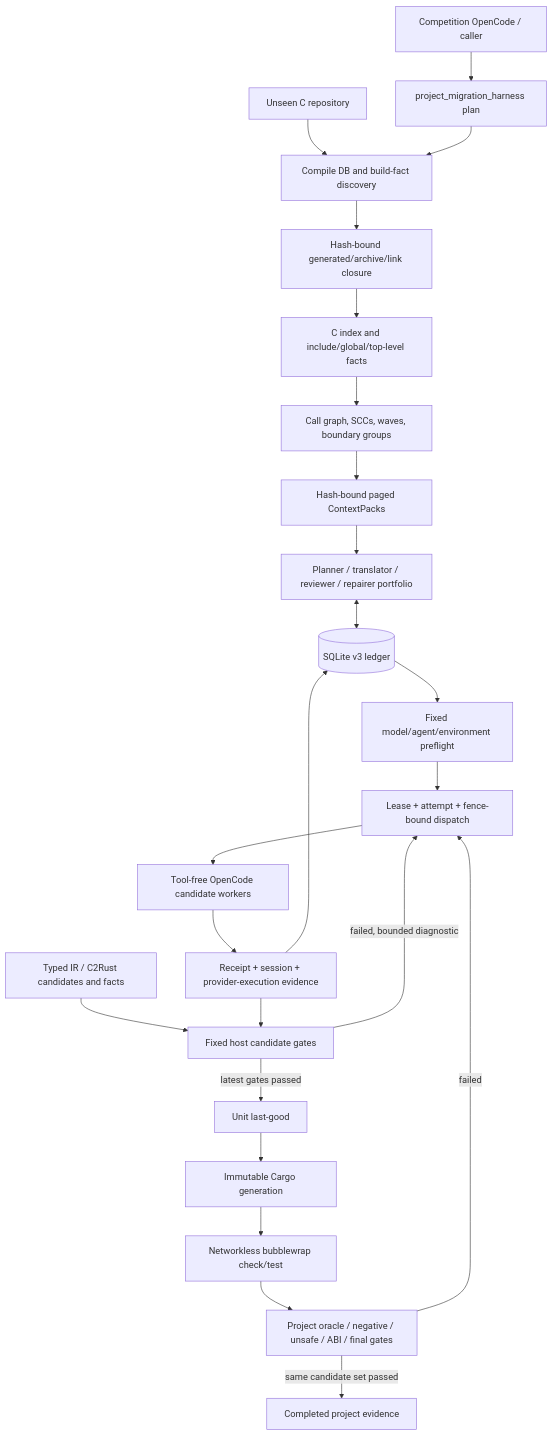
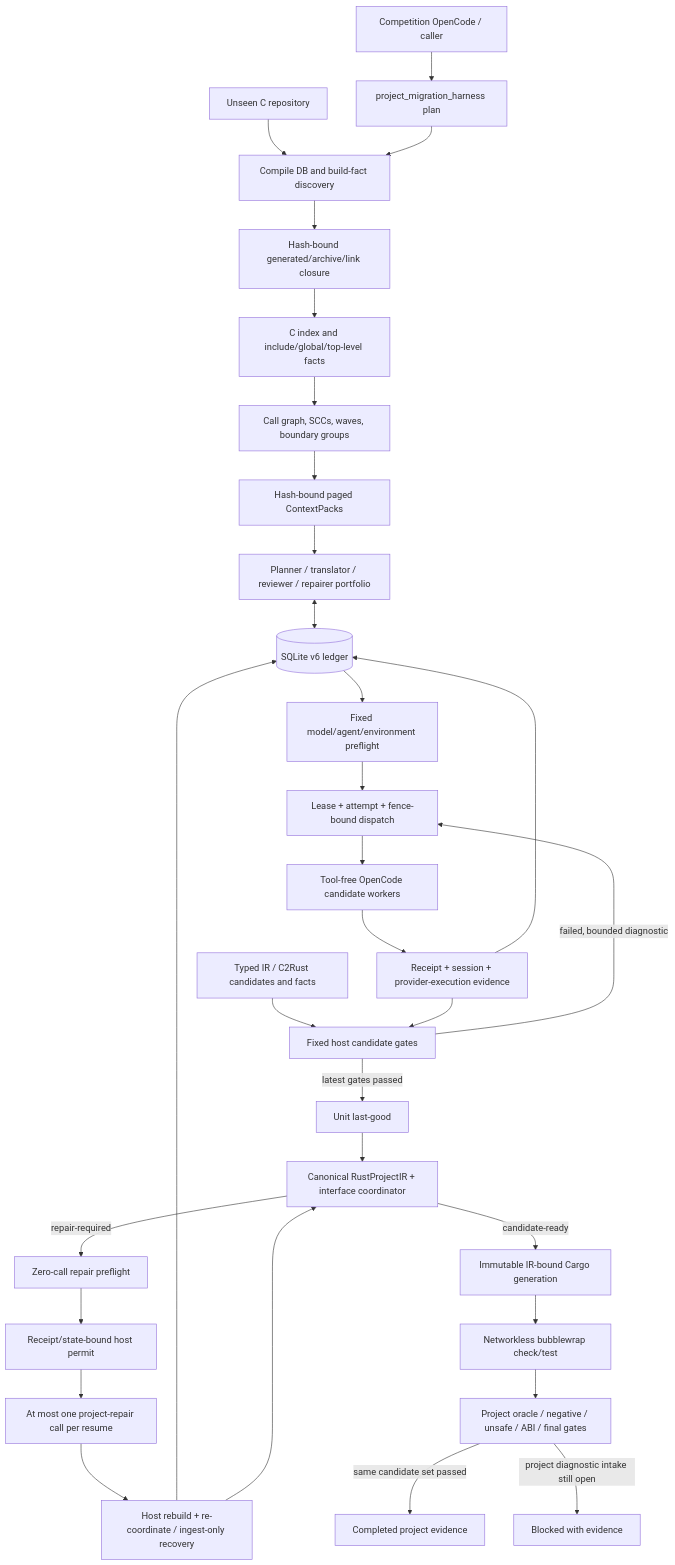
Before and after one commit to guoqihan342-svg/c-to-rust: the first of 5 diagrams in README.en.md, drawn with Mermaid. The commit also changed other lines of this file and 36 other files, not shown here.

Commit message:
feat(harness): bound project repair execution

````diff
--- a/README.en.md
+++ b/README.en.md
@@ -88,26 +99,33 @@
 ```mermaid
 flowchart TB
     OUTER["Competition OpenCode / caller"] --> PLAN["project_migration_harness plan"]
     REPO["Unseen C repository"] --> DISCOVERY["Compile DB and build-fact discovery"]
     PLAN --> DISCOVERY
     DISCOVERY --> CLOSURE["Hash-bound generated/archive/link closure"]
     CLOSURE --> INDEX["C index and include/global/top-level facts"]
     INDEX --> DAG["Call graph, SCCs, waves, boundary groups"]
     DAG --> CONTEXT["Hash-bound paged ContextPacks"]
     CONTEXT --> PORTFOLIO["Planner / translator / reviewer / repairer portfolio"]
-    PORTFOLIO <--> LEDGER[("SQLite v3 ledger")]
+    PORTFOLIO <--> LEDGER[("SQLite v6 ledger")]
     LEDGER --> PREFLIGHT["Fixed model/agent/environment preflight"]
     PREFLIGHT --> DISPATCH["Lease + attempt + fence-bound dispatch"]
     DISPATCH --> AI["Tool-free OpenCode candidate workers"]
     AI --> PROVIDER["Receipt + session + provider-execution evidence"]
     PROVIDER --> LEDGER
     TIR["Typed IR / C2Rust candidates and facts"] --> VERIFY
     PROVIDER --> VERIFY["Fixed host candidate gates"]
     VERIFY -->|"failed, bounded diagnostic"| DISPATCH
     VERIFY -->|"latest gates passed"| LASTGOOD["Unit last-good"]
-    LASTGOOD --> CARGO["Immutable Cargo generation"]
+    LASTGOOD --> RUSTIR["Canonical RustProjectIR + interface coordinator"]
+    RUSTIR -->|"repair-required"| RPRE["Zero-call repair preflight"]
+    RPRE --> PERMIT["Receipt/state-bound host permit"]
+    PERMIT --> RAI["At most one project-repair call per resume"]
+    RAI --> RINGEST["Host rebuild + re-coordinate / ingest-only recovery"]
+    RINGEST --> LEDGER
+    RINGEST --> RUSTIR
+    RUSTIR -->|"candidate-ready"| CARGO["Immutable IR-bound Cargo generation"]
     CARGO --> SANDBOX["Networkless bubblewrap check/test"]
     SANDBOX --> PROJECT["Project oracle / negative / unsafe / ABI / final gates"]
     PROJECT -->|"same candidate set passed"| COMPLETE["Completed project evidence"]
-    PROJECT -->|"failed"| DISPATCH
+    PROJECT -->|"project diagnostic intake still open"| BLOCKED["Blocked with evidence"]
 ```
````
